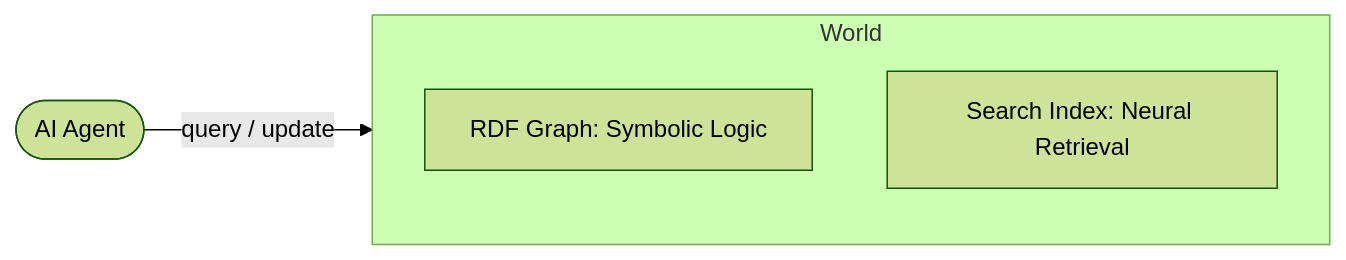
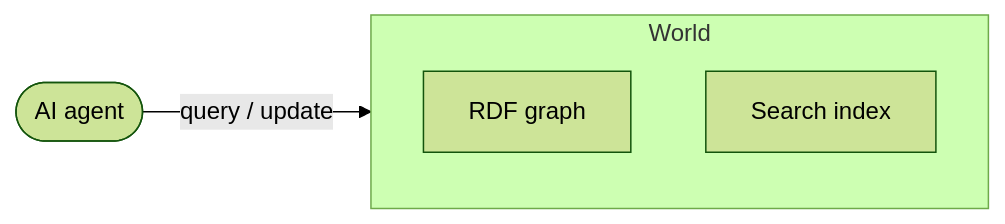
One commit to wazootech/worlds changed the first of 3 diagrams in packages/docs/worlds/index.mdx. Above: the diagram before and after it, drawn with Mermaid (forest theme). The commit also changed other lines of this file and 7 other files, not shown here.

````diff
--- a/packages/docs/worlds/index.mdx
+++ b/packages/docs/worlds/index.mdx
@@ -17,8 +11,9 @@
 ```mermaid
 graph LR
-    Agent([AI Agent]) -->|query / update| W[(World)]
+    Agent([AI agent]) -->|query / update| W[(World)]
     subgraph W [World]
-        RDF[RDF Graph: Symbolic Logic]
-        SEARCH[Search Index: Neural Retrieval]
+        direction TB
+        RDF[RDF graph]
+        SEARCH[Search index]
     end
 ```
````
